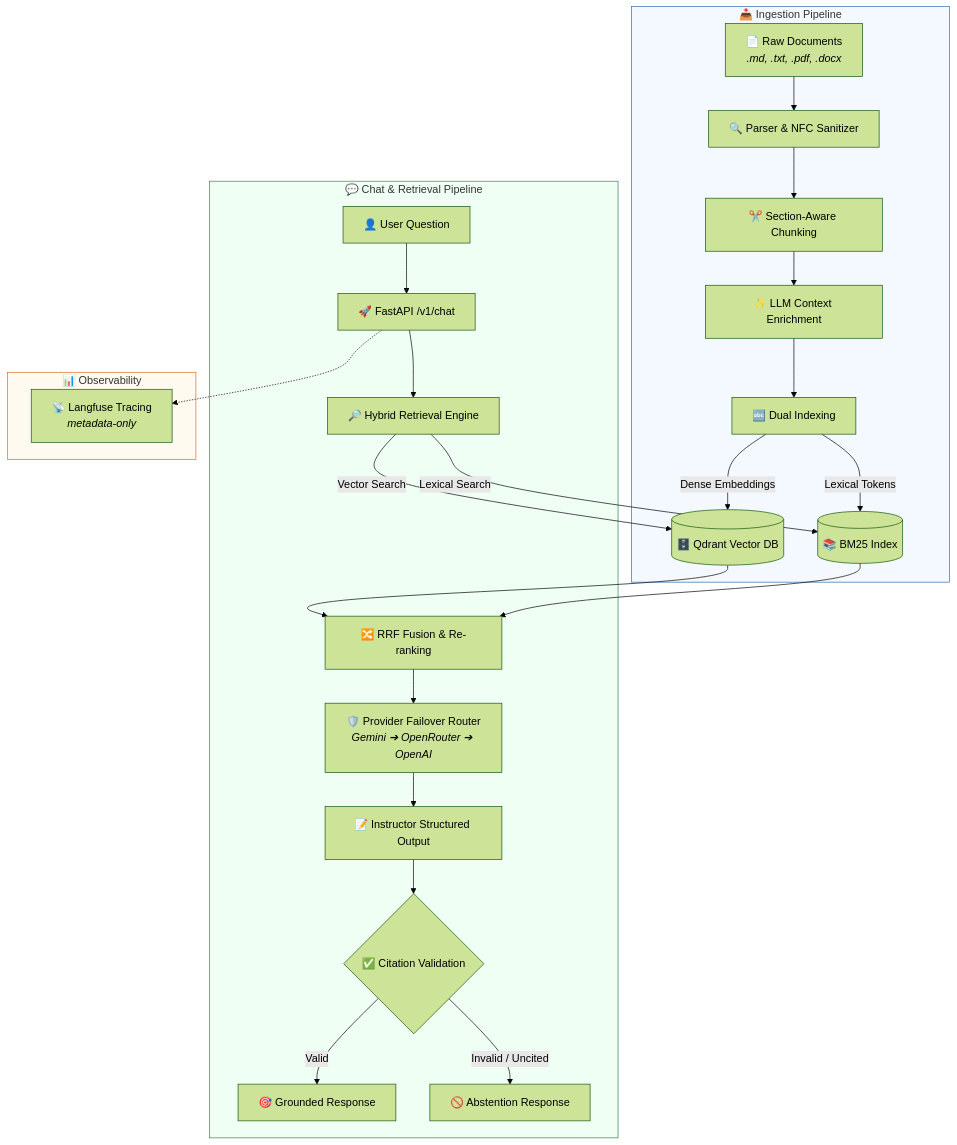
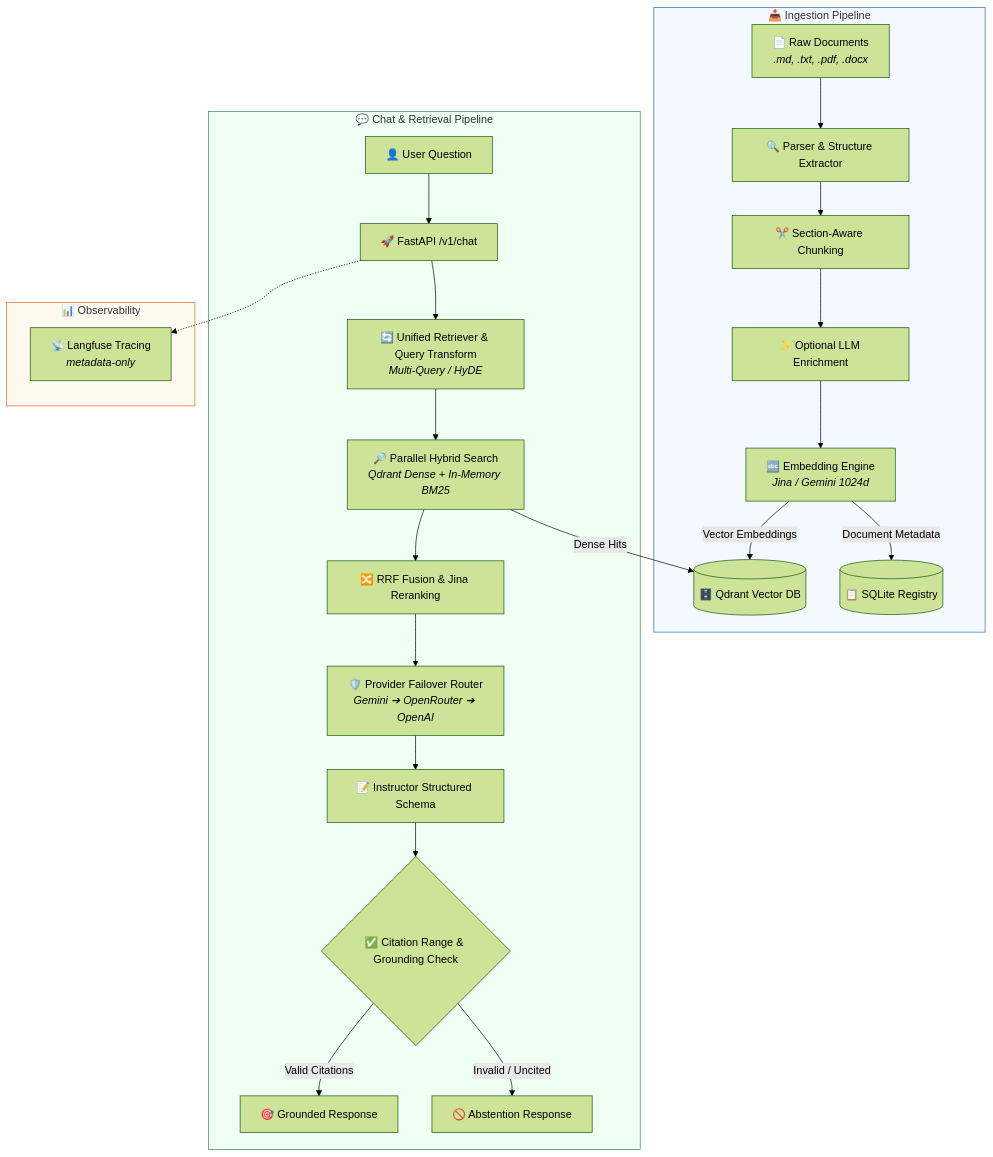
The diagram in README.md (tunganhnguyen0210/Company-knowledge-RAG), drawn with Mermaid (forest theme) before and after one commit.

Commit message:
docs: sync architecture mermaid diagram with unified retriever implementation

````diff
--- a/README.md
+++ b/README.md
@@ -22,33 +22,32 @@
 ```mermaid
 flowchart TD
     subgraph Ingestion["📥 Ingestion Pipeline"]
-        A[📄 Raw Documents<br/><i>.md, .txt, .pdf, .docx</i>] --> B[🔍 Parser & NFC Sanitizer]
+        A[📄 Raw Documents<br/><i>.md, .txt, .pdf, .docx</i>] --> B[🔍 Parser & Structure Extractor]
         B --> C[✂️ Section-Aware Chunking]
-        C --> D[✨ LLM Context Enrichment]
-        D --> E[🔤 Dual Indexing]
-        E -->|Dense Embeddings| F[(🗄️ Qdrant Vector DB)]
-        E -->|Lexical Tokens| G[(📚 BM25 Index)]
+        C --> D[✨ Optional LLM Enrichment]
+        D --> E[🔤 Embedding Engine<br/><i>Jina / Gemini 1024d</i>]
+        E -->|Vector Embeddings| F[(🗄️ Qdrant Vector DB)]
+        E -->|Document Metadata| G[(📋 SQLite Registry)]
     end
 
     subgraph Query["💬 Chat & Retrieval Pipeline"]
         H[👤 User Question] --> I[🚀 FastAPI /v1/chat]
-        I --> J[🔎 Hybrid Retrieval Engine]
-        J -->|Vector Search| F
-        J -->|Lexical Search| G
-        F --> K[🔀 RRF Fusion & Re-ranking]
-        G --> K
-        K --> L[🛡️ Provider Failover Router<br/><i>Gemini ➔ OpenRouter ➔ OpenAI</i>]
-        L --> M[📝 Instructor Structured Output]
-        M --> N{✅ Citation Validation}
-        N -->|Valid| O[🎯 Grounded Response]
-        N -->|Invalid / Uncited| P[🚫 Abstention Response]
+        I --> J[🔄 Unified Retriever & Query Transform<br/><i>Multi-Query / HyDE</i>]
+        J --> K[🔎 Parallel Hybrid Search<br/><i>Qdrant Dense + In-Memory BM25</i>]
+        K -->|Dense Hits| F
+        K --> L[🔀 RRF Fusion & Jina Reranking]
+        L --> M[🛡️ Provider Failover Router<br/><i>Gemini ➔ OpenRouter ➔ OpenAI</i>]
+        M --> N[📝 Instructor Structured Schema]
+        N --> O{✅ Citation Range & Grounding Check}
+        O -->|Valid Citations| P[🎯 Grounded Response]
+        O -->|Invalid / Uncited| Q[🚫 Abstention Response]
     end
 
     subgraph Telemetry["📊 Observability"]
-        I -.-> Q[📡 Langfuse Tracing<br/><i>metadata-only</i>]
+        I -.-> R[📡 Langfuse Tracing<br/><i>metadata-only</i>]
     end
 
     style Ingestion fill:#f4f8ff,stroke:#2b6cb0,stroke-width:1px
     style Query fill:#f0fff4,stroke:#2f855a,stroke-width:1px
     style Telemetry fill:#fffaf0,stroke:#dd6b20,stroke-width:1px
 ```
````
